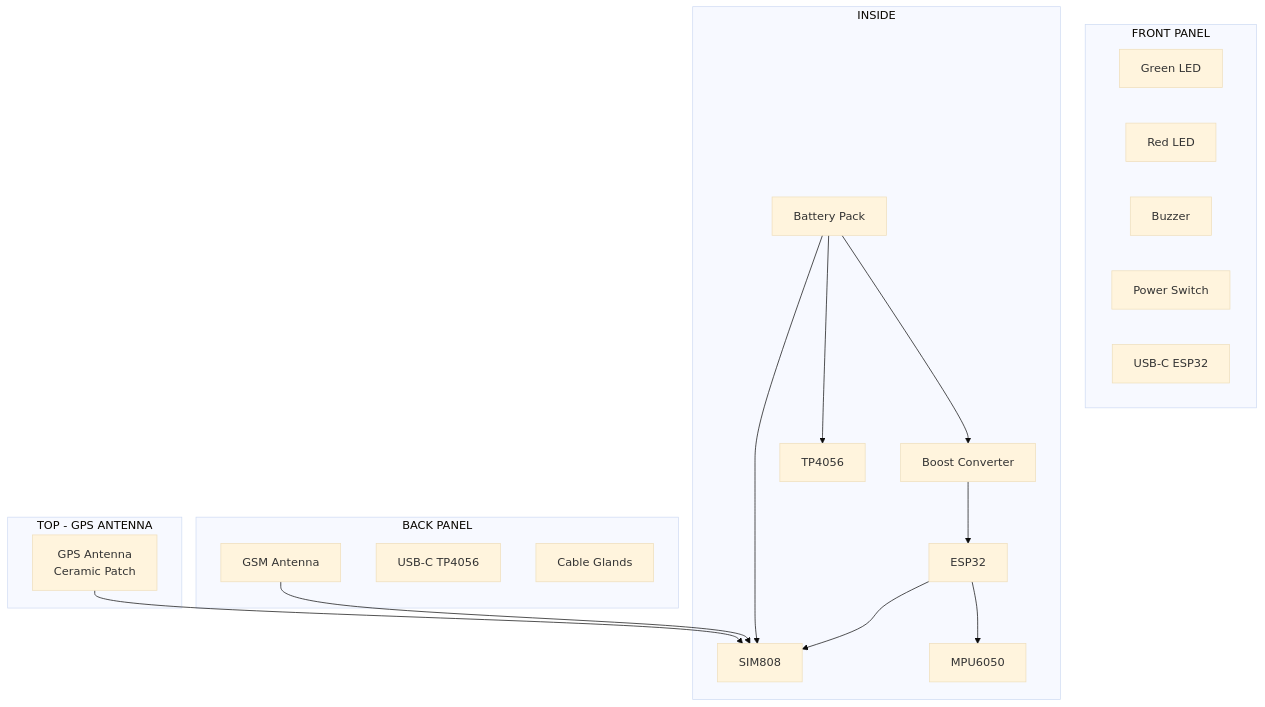
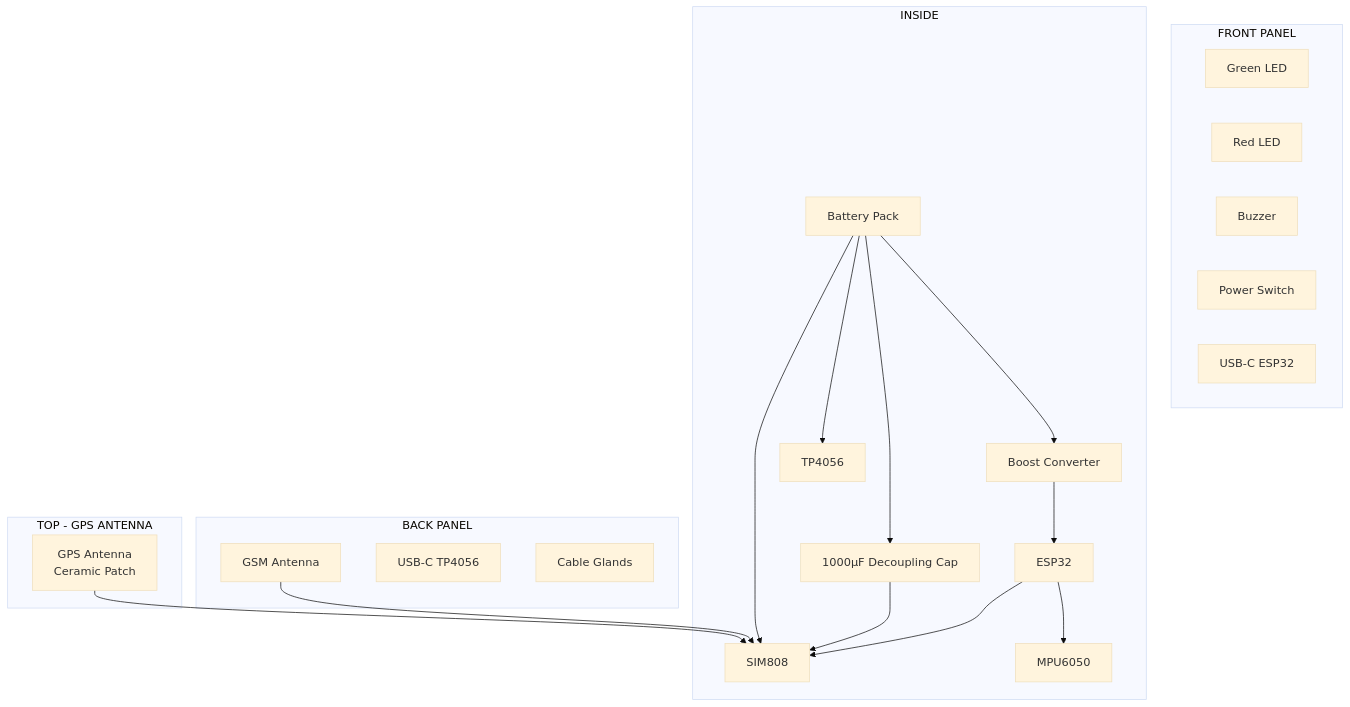
Before and after one commit to qppd/smart-vehicle-impact-detection-device: the fifth of 6 diagrams in docs/BLOCK-DIAGRAM.md, drawn with Mermaid (base theme). The commit also changed other lines of this file and 2 other files, not shown here.

Commit message:
Update diagrams to show 1000uF capacitor at SIM808 power input

````diff
--- a/docs/BLOCK-DIAGRAM.md
+++ b/docs/BLOCK-DIAGRAM.md
@@ -130,38 +135,41 @@
 ```mermaid
 graph TB
     subgraph TOP["TOP - GPS ANTENNA"]
         GPS_ANT["GPS Antenna<br/>Ceramic Patch"]
     end
 
     subgraph FRONT["FRONT PANEL"]
         GLED["Green LED"]
         RLED["Red LED"]
         BZZ["Buzzer"]
         SW["Power Switch"]
         USB1["USB-C ESP32"]
     end
 
     subgraph INSIDE["INSIDE"]
         ESP32["ESP32"]
         SIM808["SIM808"]
         MPU6050["MPU6050"]
         BOOST["Boost Converter"]
         TP4056["TP4056"]
         BAT["Battery Pack"]
+        CAP["1000µF Decoupling Cap"]
     end
 
     subgraph BACK["BACK PANEL"]
         GSM_ANT["GSM Antenna"]
         USB2["USB-C TP4056"]
         GL["Cable Glands"]
     end
 
     GPS_ANT --> SIM808
     GSM_ANT --> SIM808
     BAT --> SIM808
+    BAT --> CAP
+    CAP --> SIM808
     BAT --> BOOST
     BAT --> TP4056
     BOOST --> ESP32
     ESP32 --> MPU6050
     ESP32 --> SIM808
 ```
````
